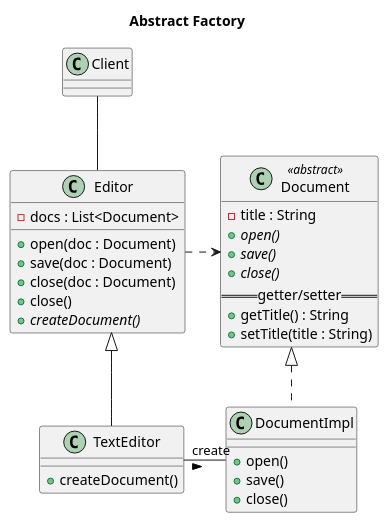
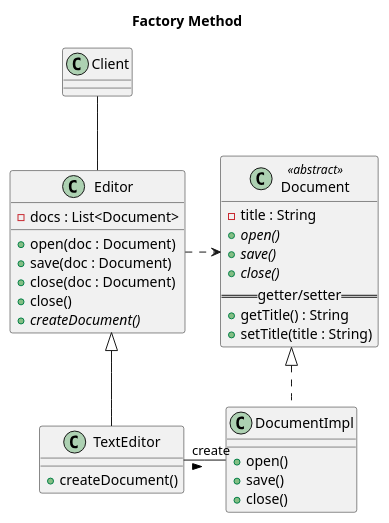
Before and after one commit to jarchen/java-design-pattern: the diagram in Factory/resources/FactoryMethod_editor.puml, drawn with PlantUML. The commit also changed 2 other files, not shown here.

Commit message:
update Factory README and picutre

```diff
--- a/Factory/resources/FactoryMethod_editor.puml
+++ b/Factory/resources/FactoryMethod_editor.puml
@@ -1,41 +1,41 @@
 @startuml
 skinparam linetype ortho
 
-title Abstract Factory
+title Factory Method
 'scale 1.5
 
 class Editor {
     - docs : List<Document>
     + open(doc : Document)
     + save(doc : Document)
     + close(doc : Document)
     + close()
     + {abstract} createDocument()
 }
 
 class Document <<abstract>> {
     - title : String
     + {abstract} open()
     + {abstract} save()
     + {abstract} close()
     == getter/setter ==
     + getTitle() : String
     + setTitle(title : String)
 }
 
 class DocumentImpl implements Document {
     + open()
     + save()
     + close()
 }
 
 class TextEditor extends Editor {
     + createDocument()
 }
 
 TextEditor - DocumentImpl : "create" >
 Editor .> Document
 
 Client -- Editor
 
 @enduml
```
